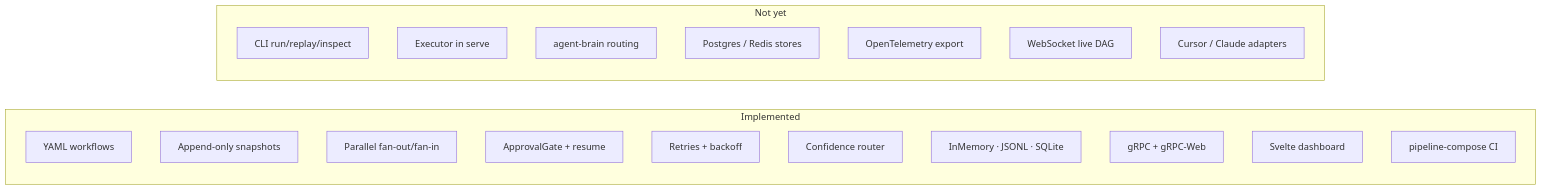
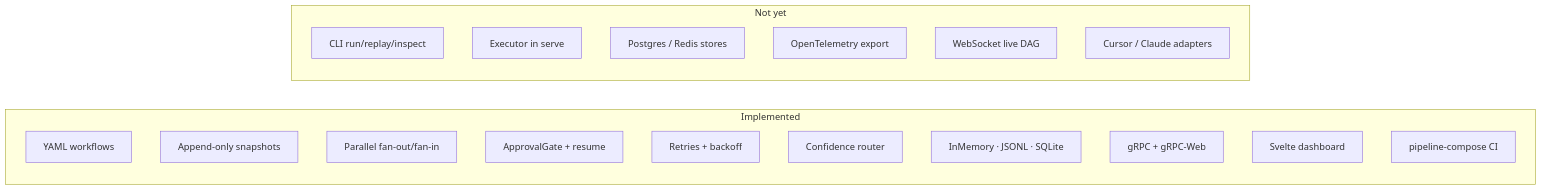
Before and after one commit to autonomic-ai-dev/agent-spine: the third of 4 diagrams in README.md, drawn with Mermaid. The commit also changed other lines of this file and 12 other files, not shown here.

First line of the commit message:
feat: agent-brain MCP bridge integration (Phase 1)

````diff
--- a/README.md
+++ b/README.md
@@ -73,25 +80,24 @@
 ```mermaid
 flowchart LR
     subgraph done["Implemented"]
         yaml["YAML workflows"]
         snap["Append-only snapshots"]
         parallel["Parallel fan-out/fan-in"]
         hitl["ApprovalGate + resume"]
         retry["Retries + backoff"]
         router_done["Confidence router"]
         stores["InMemory · JSONL · SQLite"]
         grpc["gRPC + gRPC-Web"]
         ui["Svelte dashboard"]
         cicd["pipeline-compose CI"]
     end
 
     subgraph todo["Not yet"]
         cli_run["CLI run/replay/inspect"]
         serve_exec["Executor in serve"]
-        brain["agent-brain routing"]
         pg["Postgres / Redis stores"]
         otel["OpenTelemetry export"]
         ws["WebSocket live DAG"]
         ide["Cursor / Claude adapters"]
     end
 ```
````
